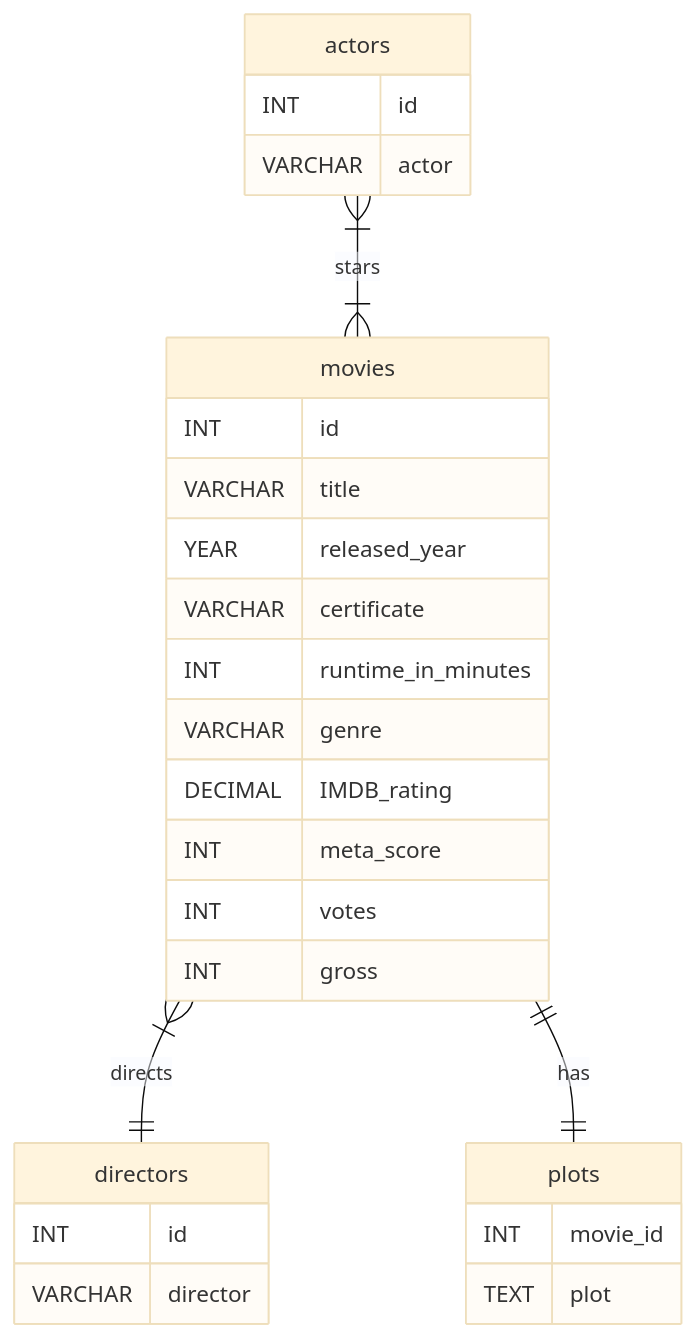
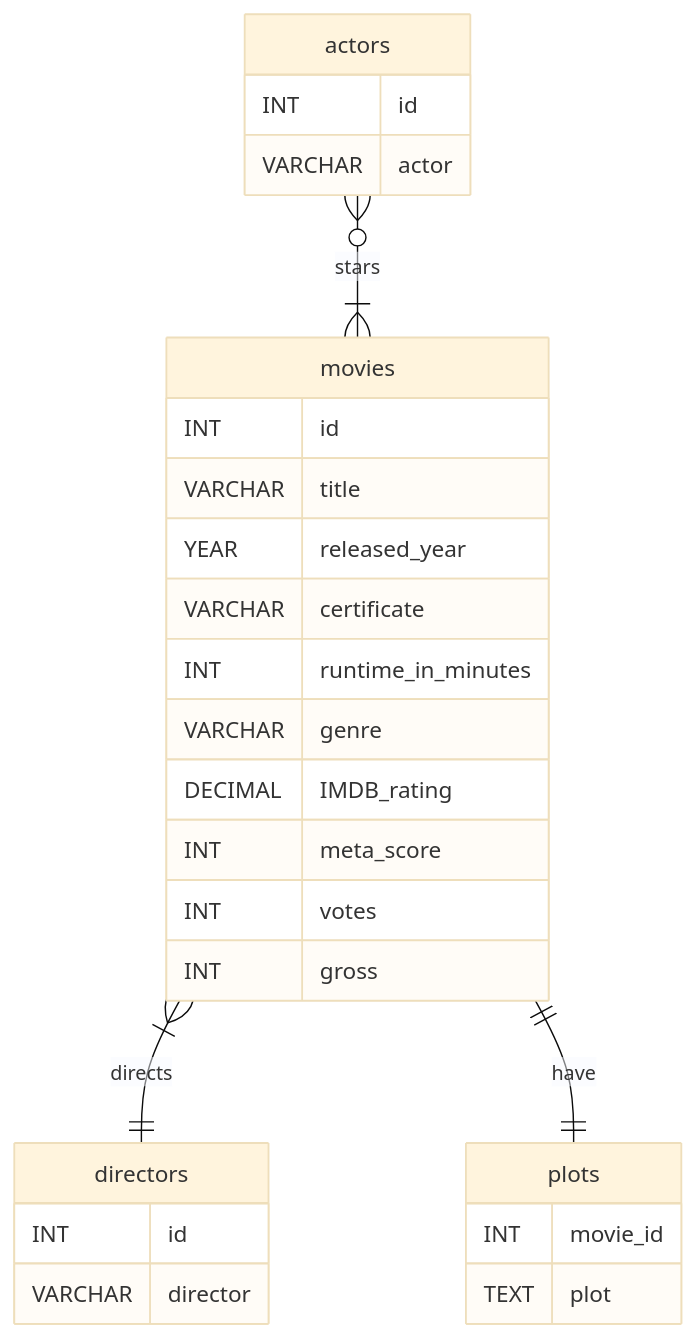
The second of 2 diagrams in README.md (Costa-LG/Movies-Data-Analysis), drawn with Mermaid (base theme) before and after one commit. The commit also changed 4 other files, not shown here.

````diff
--- a/README.md
+++ b/README.md
@@ -40,34 +40,34 @@
 ```mermaid
 erDiagram
     movies {
         INT id
         VARCHAR title
         YEAR released_year
         VARCHAR certificate 
         INT runtime_in_minutes
         VARCHAR genre
         DECIMAL IMDB_rating
         INT meta_score
         INT votes
         INT gross
     }
     
     actors {
         INT id
         VARCHAR actor
     }
     
 	directors {
 		INT id
 		VARCHAR director
 	}
 
     plots {
 		INT movie_id
 		TEXT plot
 	}
 	
-    actors }|--|{ movies : stars
+    actors }o--|{ movies : stars
     movies }|--|| directors : directs
-    movies ||--|| plots: has
+    movies ||--|| plots: have
 ```
````
